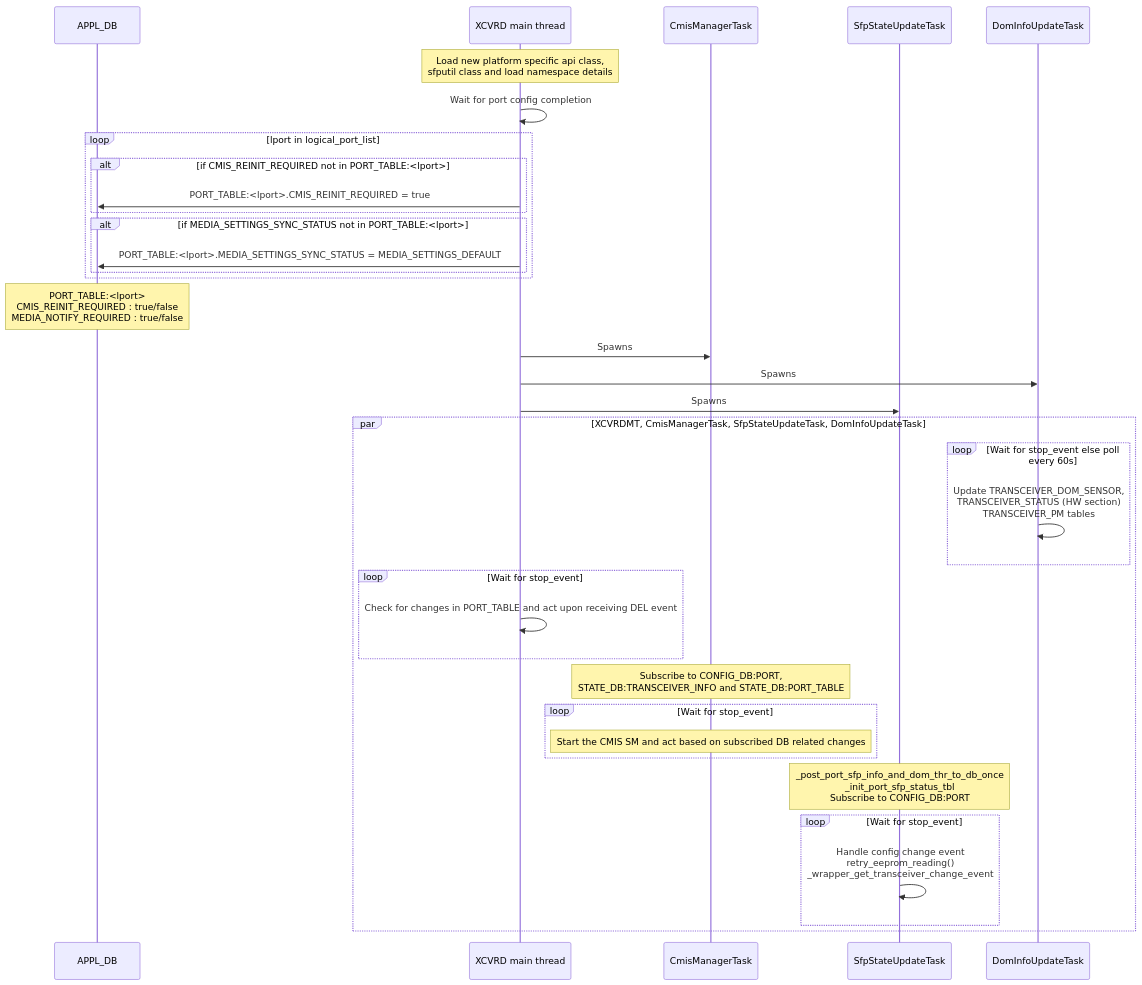
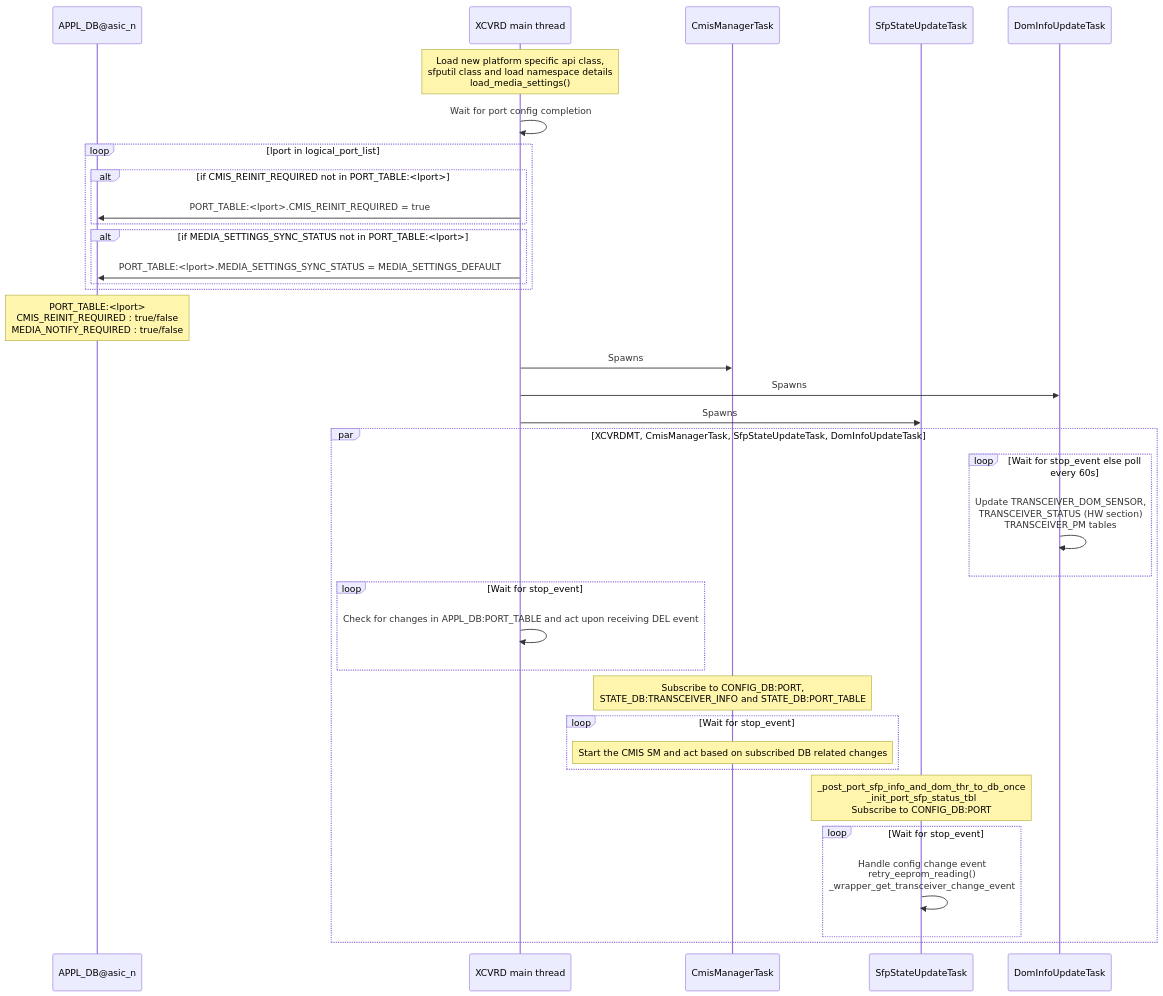
One commit to sonic-net/SONiC changed the first of 5 diagrams in doc/sfp-cmis/Interface-Link-bring-up-sequence.md. Above: the diagram before and after it, drawn with Mermaid. The commit also changed other lines of this file, not shown here.

Commit message:
Addressed PR comments and separated media notification between SfpStateUpdateTask and CmisManagerTask threads

````diff
--- a/doc/sfp-cmis/Interface-Link-bring-up-sequence.md
+++ b/doc/sfp-cmis/Interface-Link-bring-up-sequence.md
@@ -230,39 +239,39 @@
 ```mermaid
 sequenceDiagram
-    participant APPL_DB
+    participant APPL_DB as APPL_DB@asic_n
     participant XCVRDMT as XCVRD main thread
     participant CmisManagerTask
     participant SfpStateUpdateTask
     participant DomInfoUpdateTask
 
-    Note over XCVRDMT: Load new platform specific api class,<br> sfputil class and load namespace details
+    Note over XCVRDMT: Load new platform specific api class,<br> sfputil class and load namespace details<br> load_media_settings()
     XCVRDMT ->> XCVRDMT: Wait for port config completion
     loop lport in logical_port_list
         alt if CMIS_REINIT_REQUIRED not in PORT_TABLE:<lport>
             XCVRDMT ->> APPL_DB: PORT_TABLE:<lport>.CMIS_REINIT_REQUIRED = true
         end
         alt if MEDIA_SETTINGS_SYNC_STATUS not in PORT_TABLE:<lport>
             XCVRDMT ->> APPL_DB: PORT_TABLE:<lport>.MEDIA_SETTINGS_SYNC_STATUS = MEDIA_SETTINGS_DEFAULT
         end
     end
     Note over APPL_DB: PORT_TABLE:<lport><br>CMIS_REINIT_REQUIRED : true/false<br>MEDIA_NOTIFY_REQUIRED : true/false
     XCVRDMT ->> CmisManagerTask: Spawns
     XCVRDMT ->> DomInfoUpdateTask: Spawns
     XCVRDMT ->> SfpStateUpdateTask: Spawns
     par XCVRDMT, CmisManagerTask, SfpStateUpdateTask, DomInfoUpdateTask
         loop Wait for stop_event else poll every 60s
             DomInfoUpdateTask->>DomInfoUpdateTask: Update TRANSCEIVER_DOM_SENSOR,<br>TRANSCEIVER_STATUS (HW section)<br>TRANSCEIVER_PM tables
         end
         loop Wait for stop_event
-            XCVRDMT->>XCVRDMT: Check for changes in PORT_TABLE and act upon receiving DEL event
+            XCVRDMT->>XCVRDMT: Check for changes in APPL_DB:PORT_TABLE and act upon receiving DEL event
         end
         Note over CmisManagerTask: Subscribe to CONFIG_DB:PORT,<br>STATE_DB:TRANSCEIVER_INFO and STATE_DB:PORT_TABLE
         loop Wait for stop_event
             Note over CmisManagerTask: Start the CMIS SM and act based on subscribed DB related changes
         end
         Note over SfpStateUpdateTask: _post_port_sfp_info_and_dom_thr_to_db_once<br>_init_port_sfp_status_tbl<br>Subscribe to CONFIG_DB:PORT
         loop Wait for stop_event
             SfpStateUpdateTask ->> SfpStateUpdateTask: Handle config change event<br>retry_eeprom_reading()<br>_wrapper_get_transceiver_change_event
         end
     end
 ```
````
